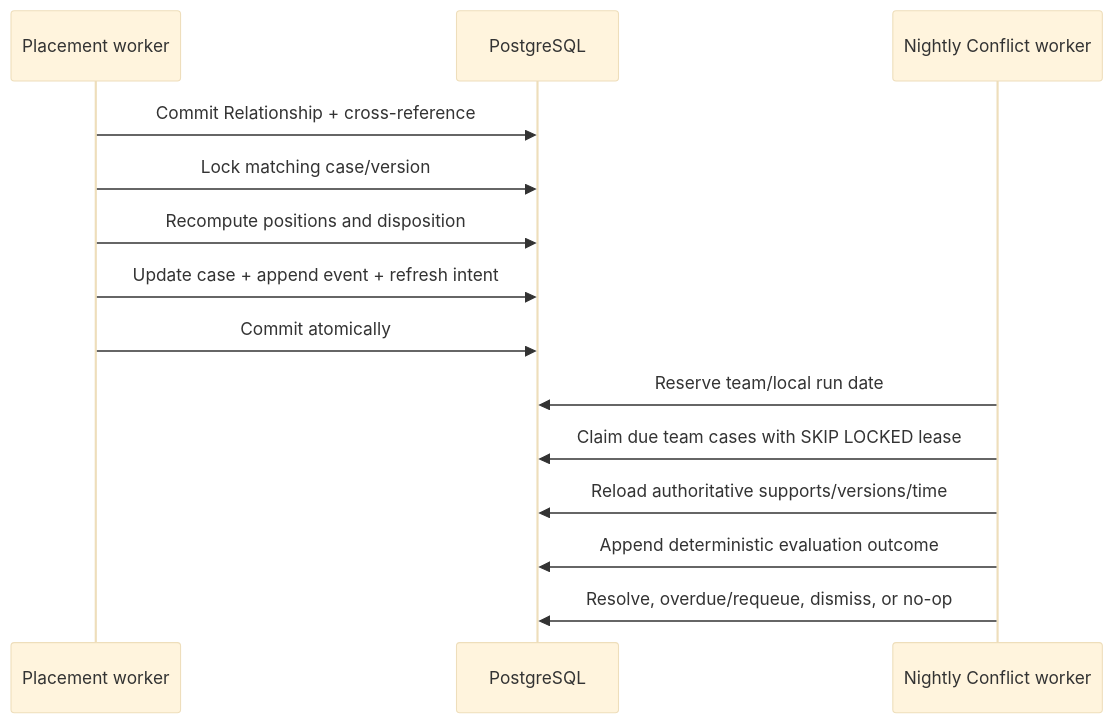
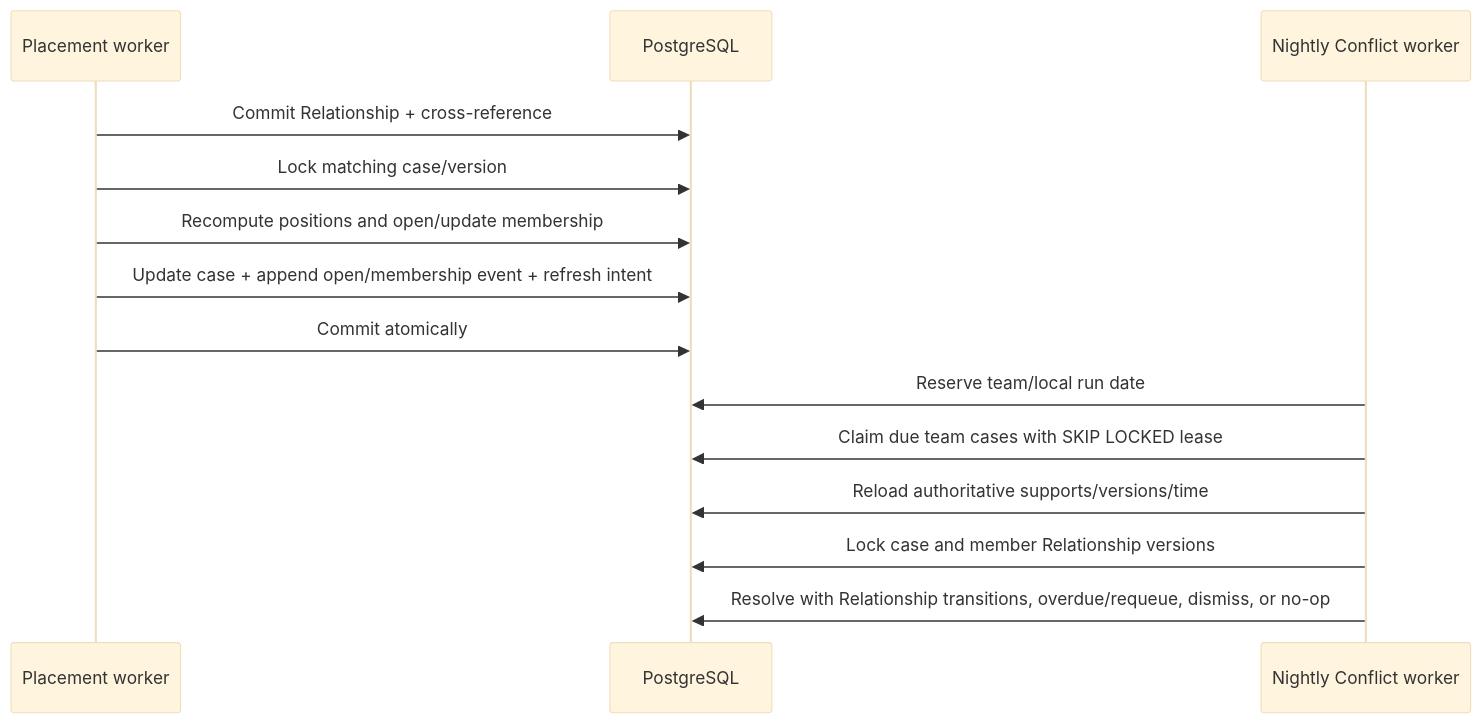
Before and after one commit to markhuangai/dense-mem: the eighth of 10 diagrams in Data-Model-And-Storage.md, drawn with Mermaid (base theme). The commit also changed other lines of this file and 15 other files, not shown here.

````diff
--- a/Data-Model-And-Storage.md
+++ b/Data-Model-And-Storage.md
@@ -331,19 +331,19 @@
 ```mermaid
 %%{init: {"sequence": {"rightAngles": true}}}%%
 sequenceDiagram
   participant W as Placement worker
   participant P as PostgreSQL
   participant N as Nightly Conflict worker
 
   W->>P: Commit Relationship + cross-reference
   W->>P: Lock matching case/version
-  W->>P: Recompute positions and disposition
-  W->>P: Update case + append event + refresh intent
+  W->>P: Recompute positions and open/update membership
+  W->>P: Update case + append open/membership event + refresh intent
   W->>P: Commit atomically
 
   N->>P: Reserve team/local run date
   N->>P: Claim due team cases with SKIP LOCKED lease
   N->>P: Reload authoritative supports/versions/time
-  N->>P: Append deterministic evaluation outcome
-  N->>P: Resolve, overdue/requeue, dismiss, or no-op
+  N->>P: Lock case and member Relationship versions
+  N->>P: Resolve with Relationship transitions, overdue/requeue, dismiss, or no-op
 ```
````
